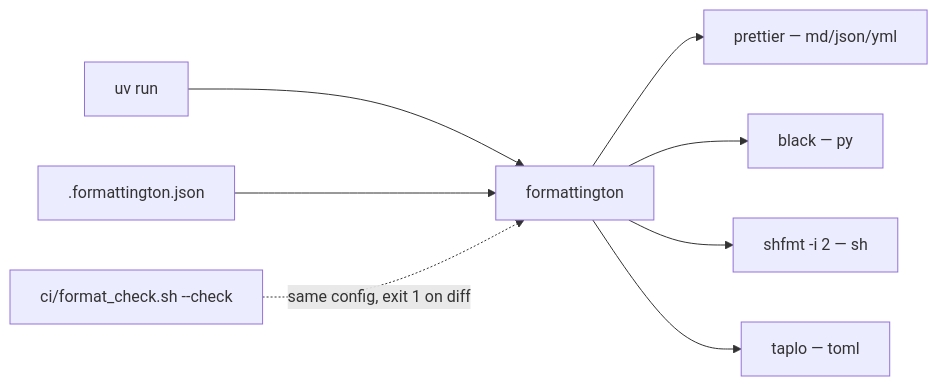
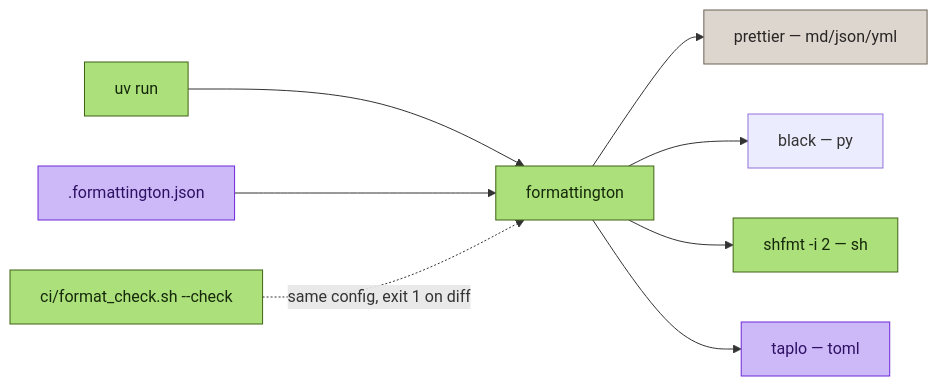
The diagram in scripts/format.sh.md (fordaj/barnacle), drawn with Mermaid before and after one commit. The commit also changed 23 other files, not shown here.

````diff
--- a/scripts/format.sh.md
+++ b/scripts/format.sh.md
@@ -3,10 +3,19 @@
 ```mermaid
 flowchart LR
     uv[uv run] --> FFT[formattington]
-    Config[.formattington.json] --> FFT
+    Config[".formattington.json"] --> FFT
     FFT --> Prettier[prettier — md/json/yml]
     FFT --> Black[black — py]
     FFT --> Shfmt[shfmt -i 2 — sh]
     FFT --> Taplo[taplo — toml]
-    Check[ci/format_check.sh --check] -.->|same config, exit 1 on diff| FFT
+    Check["ci/format_check.sh --check"] -.->|same config, exit 1 on diff| FFT
+    class uv,FFT shFile
+    class Config jsonFile
+    class Prettier mdFile
+    class Shfmt shFile
+    class Taplo jsonFile
+    class Check shFile
+    classDef shFile fill:#abe07a,stroke:#3f6212,color:#16280a
+    classDef jsonFile fill:#cdb9f7,stroke:#6d28d9,color:#2e1065
+    classDef mdFile fill:#dcd6ce,stroke:#6b6255,color:#292524
 ```
````
